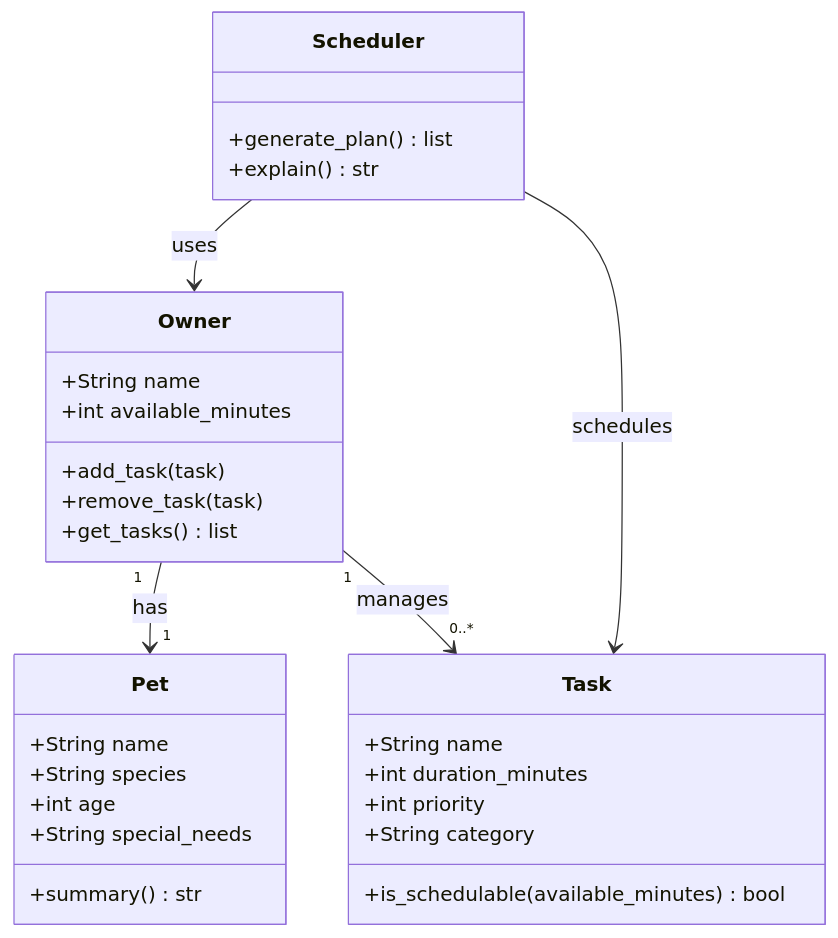
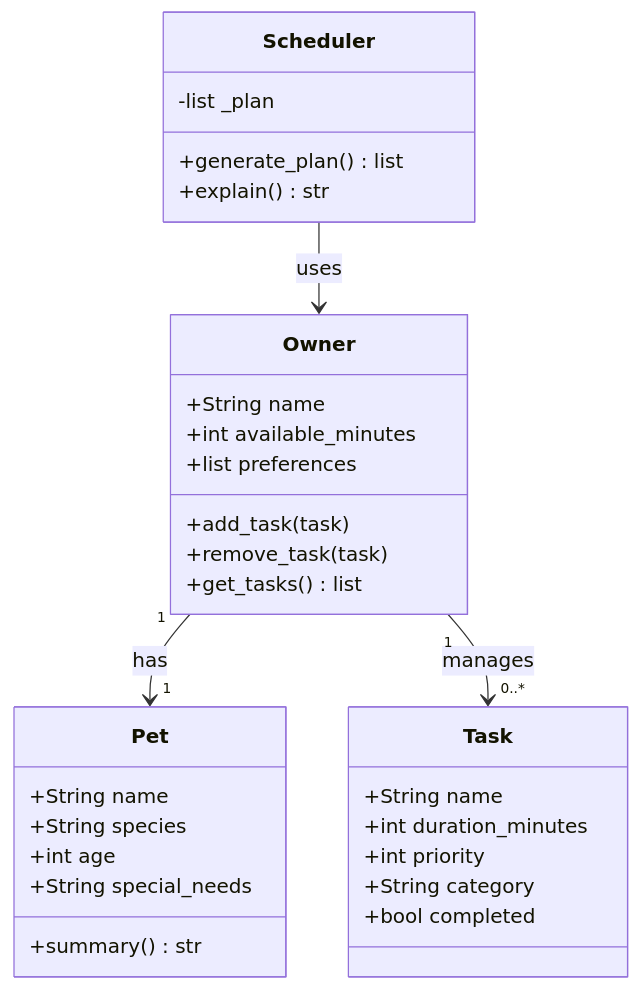
One commit to gitrlawton/ai110-project2 changed the diagram in class_diagram.md. Above: the diagram before and after it, drawn with Mermaid. The commit also changed 2 other files, not shown here.

Commit message:
Add class skeletons from UML and update reflection with design changes

````diff
--- a/class_diagram.md
+++ b/class_diagram.md
@@ -1,36 +1,37 @@
 ```mermaid
 classDiagram
     class Owner {
         +String name
         +int available_minutes
+        +list preferences
         +add_task(task)
         +remove_task(task)
         +get_tasks() list
     }
 
     class Pet {
         +String name
         +String species
         +int age
         +String special_needs
         +summary() str
     }
 
     class Task {
         +String name
         +int duration_minutes
         +int priority
         +String category
-        +is_schedulable(available_minutes) bool
+        +bool completed
     }
 
     class Scheduler {
+        -list _plan
         +generate_plan() list
         +explain() str
     }
 
     Owner "1" --> "1" Pet : has
     Owner "1" --> "0..*" Task : manages
     Scheduler --> Owner : uses
-    Scheduler --> Task : schedules
 ```
````
